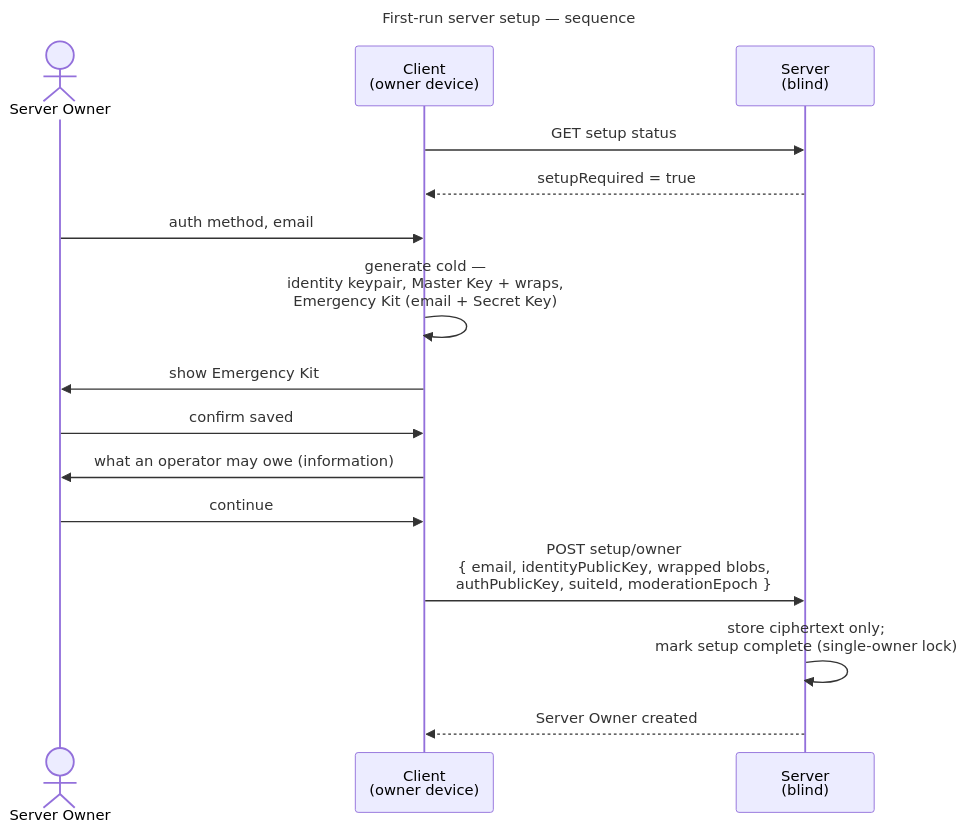
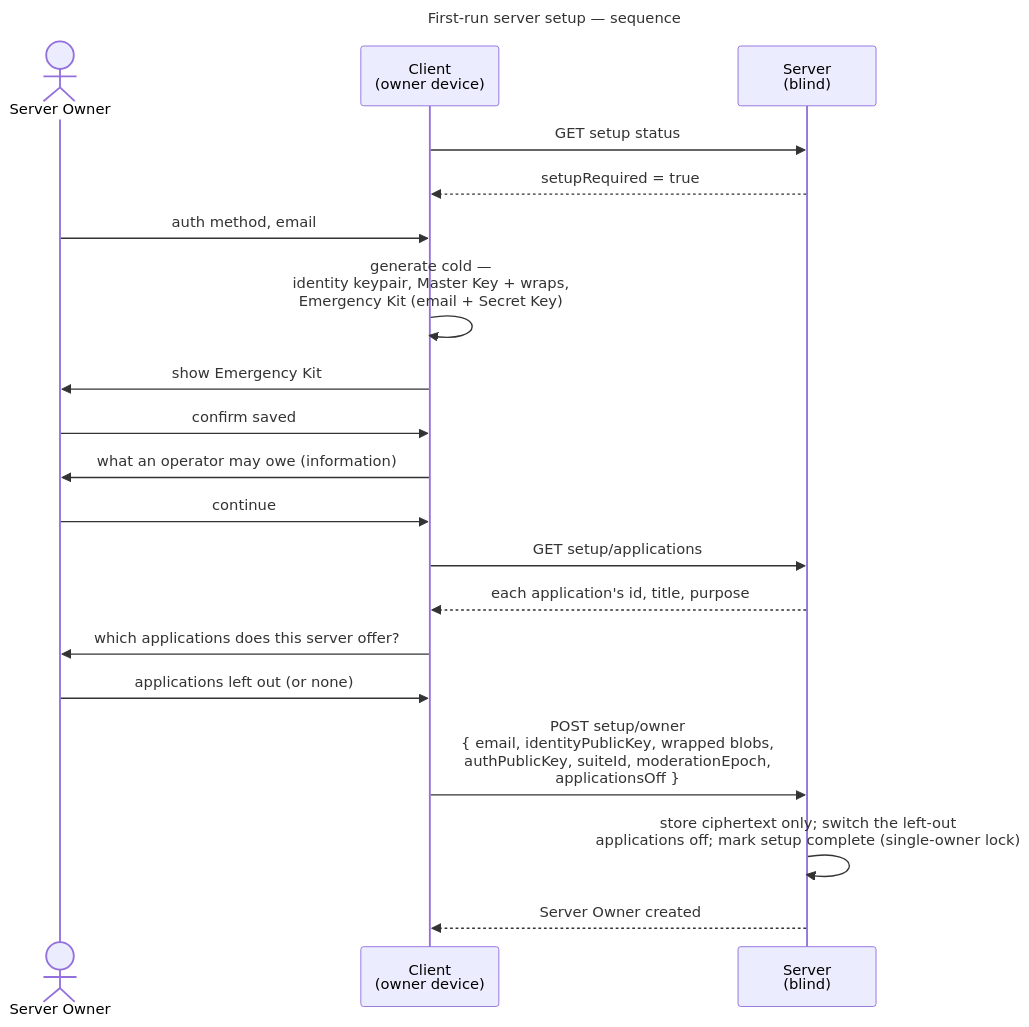
Before and after one commit to raddatzk/veyq: the first of 2 diagrams in docs/features/admin/use-cases/uc.admin.setup-server.md, drawn with Mermaid. The commit also changed other lines of this file and 5 other files, not shown here.

First line of the commit message:
docs: refine setup's application question and the quiet switched-off application

````diff
--- a/docs/features/admin/use-cases/uc.admin.setup-server.md
+++ b/docs/features/admin/use-cases/uc.admin.setup-server.md
@@ -45,20 +53,24 @@
 ```mermaid
 ---
 title: First-run server setup — sequence
 ---
 sequenceDiagram
   actor O as Server Owner
   participant C as Client<br>(owner device)
   participant S as Server<br>(blind)
   C->>S: GET setup status
   S-->>C: setupRequired = true
   O->>C: auth method, email
   C->>C: generate cold —<br>identity keypair, Master Key + wraps,<br>Emergency Kit (email + Secret Key)
   C->>O: show Emergency Kit
   O->>C: confirm saved
   C->>O: what an operator may owe (information)
   O->>C: continue
-  C->>S: POST setup/owner<br>{ email, identityPublicKey, wrapped blobs,<br>authPublicKey, suiteId, moderationEpoch }
-  S->>S: store ciphertext only#59;<br>mark setup complete (single-owner lock)
+  C->>S: GET setup/applications
+  S-->>C: each application's id, title, purpose
+  C->>O: which applications does this server offer?
+  O->>C: applications left out (or none)
+  C->>S: POST setup/owner<br>{ email, identityPublicKey, wrapped blobs,<br>authPublicKey, suiteId, moderationEpoch,<br>applicationsOff }
+  S->>S: store ciphertext only#59; switch the left-out<br>applications off#59; mark setup complete (single-owner lock)
   S-->>C: Server Owner created
 ```
````
